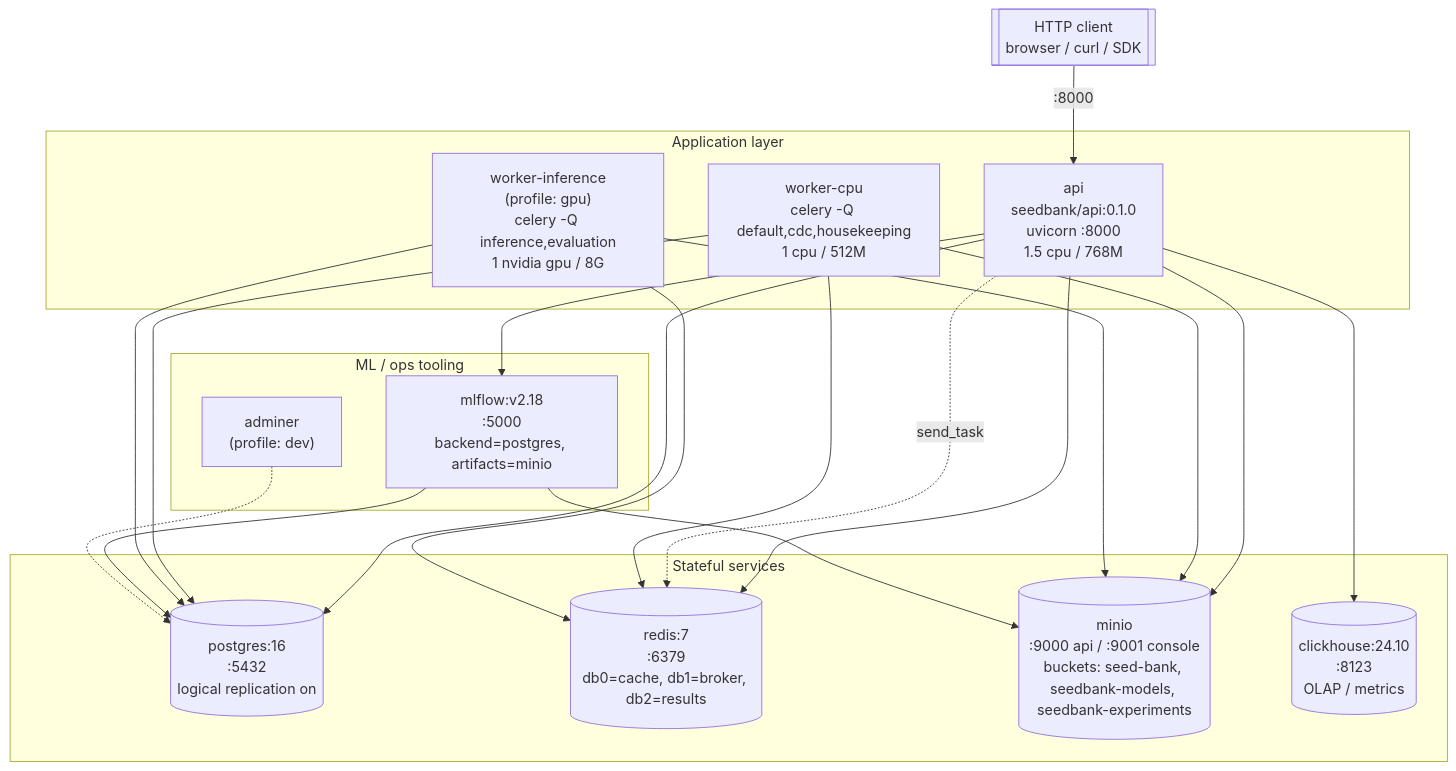
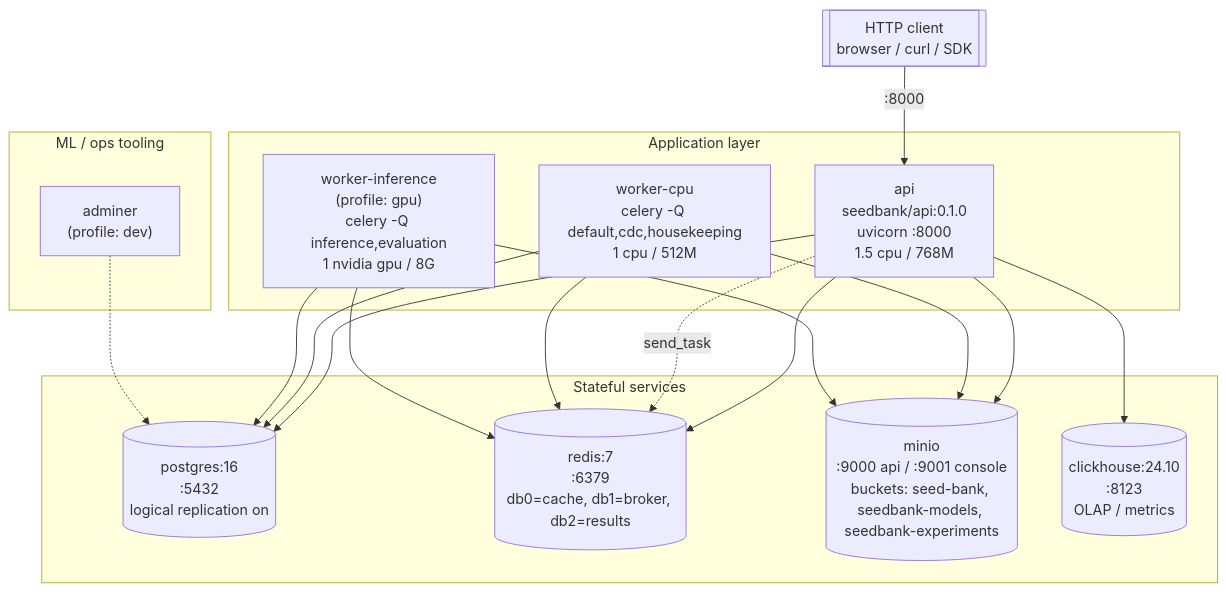
Before and after one commit to RealOrangeKun/seed-bank: the diagram in docs/diagrams/02-containers.md, drawn with Mermaid. The commit also changed other lines of this file and 98 other files, not shown here.

````diff
--- a/docs/diagrams/02-containers.md
+++ b/docs/diagrams/02-containers.md
@@ -9,44 +9,39 @@
 ```mermaid
 flowchart TB
     Client[[HTTP client<br/>browser / curl / SDK]]
 
     subgraph App["Application layer"]
         API["api<br/>seedbank/api:0.1.0<br/>uvicorn :8000<br/>1.5 cpu / 768M"]
         WCPU["worker-cpu<br/>celery -Q default,cdc,housekeeping<br/>1 cpu / 512M"]
         WGPU["worker-inference<br/>(profile: gpu)<br/>celery -Q inference,evaluation<br/>1 nvidia gpu / 8G"]
     end
 
     subgraph Data["Stateful services"]
         PG[(postgres:16<br/>:5432<br/>logical replication on)]
         RD[(redis:7<br/>:6379<br/>db0=cache, db1=broker, db2=results)]
         MIN[(minio<br/>:9000 api / :9001 console<br/>buckets: seed-bank, seedbank-models, seedbank-experiments)]
         CH[(clickhouse:24.10<br/>:8123<br/>OLAP / metrics)]
     end
 
     subgraph Tooling["ML / ops tooling"]
-        ML[mlflow:v2.18<br/>:5000<br/>backend=postgres, artifacts=minio]
         ADM["adminer<br/>(profile: dev)"]
     end
 
     Client -->|":8000"| API
 
     API --> PG
     API --> RD
     API --> MIN
     API --> CH
     API -. "send_task" .-> RD
-    API --> ML
 
     WCPU --> PG
     WCPU --> RD
     WCPU --> MIN
 
     WGPU --> PG
     WGPU --> RD
     WGPU --> MIN
 
-    ML --> PG
-    ML --> MIN
-
     ADM -.-> PG
 ```
````
